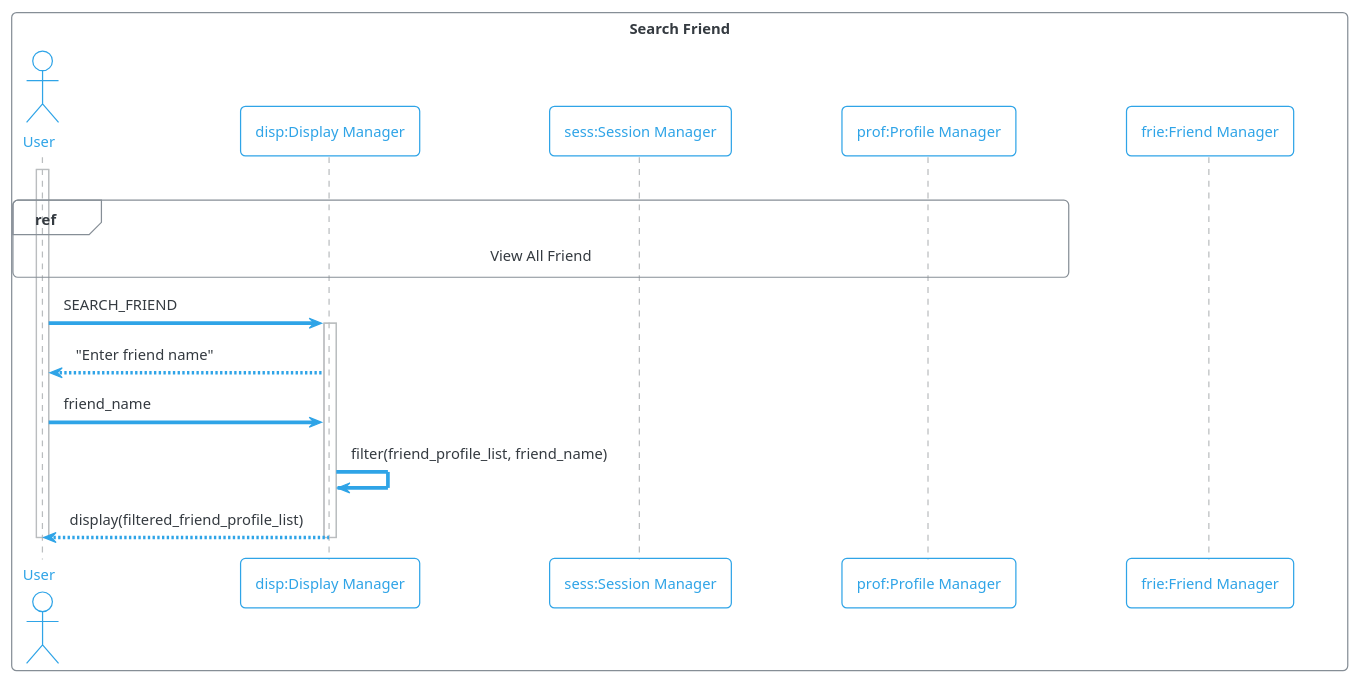
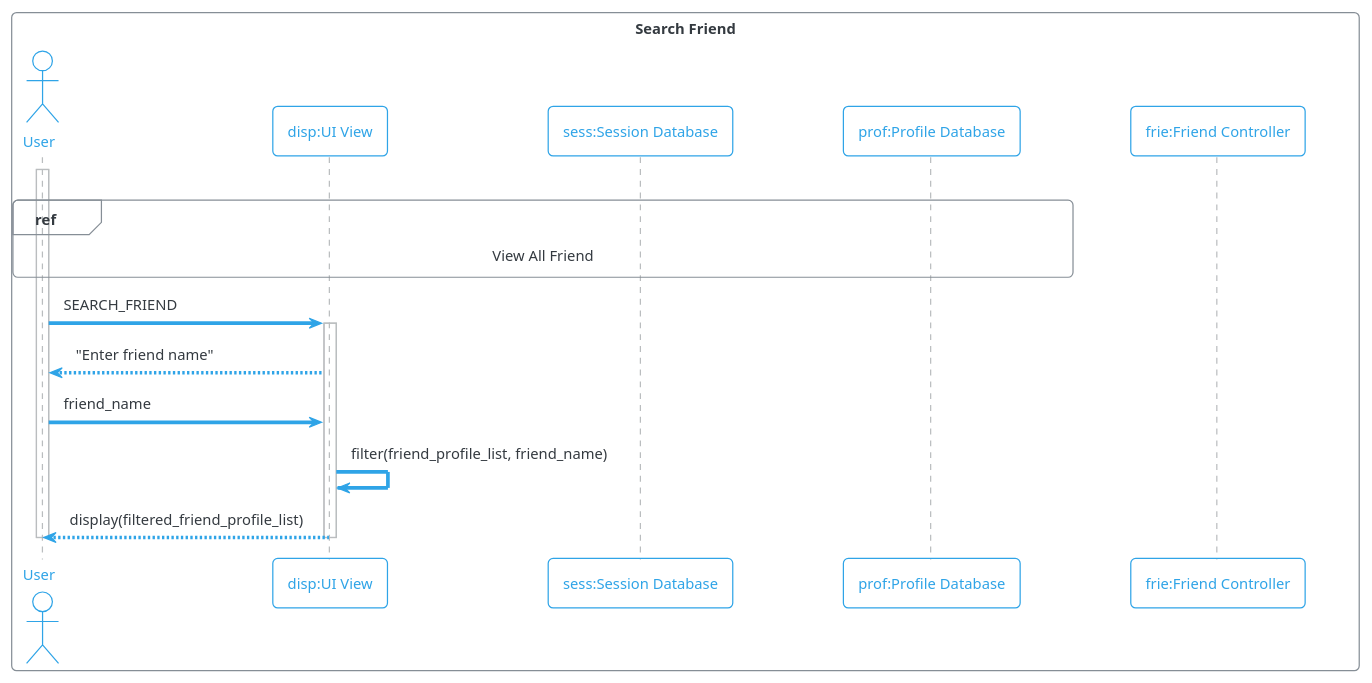
The diagram in Sequence Diagrams/Squad/SearchFriend.puml (md-y/3354-splitsquad), drawn with PlantUML before and after one commit. The commit also changed 39 other files, not shown here.

Commit message:
Fixed Sequence Diagram to add Database, Controller, and UI

```diff
--- a/Sequence Diagrams/Squad/SearchFriend.puml
+++ b/Sequence Diagrams/Squad/SearchFriend.puml
@@ -1,19 +1,19 @@
 @startuml
 !theme cerulean-outline
 box "Search Friend"
 actor "User" as user
-participant "disp:Display Manager" as disp
-participant "sess:Session Manager" as sess
-participant "prof:Profile Manager" as prof
-participant "frie:Friend Manager" as frie
+participant "disp:UI View" as disp
+participant "sess:Session Database" as sess
+participant "prof:Profile Database" as prof
+participant "frie:Friend Controller" as frie
 end box
 |||
 activate user
 ref over user, disp, sess, prof: View All Friend
 user -> disp ++ : SEARCH_FRIEND
 disp --> user : "Enter friend name"
 user -> disp : friend_name
 disp -> disp : filter(friend_profile_list, friend_name)
 disp --> user --: display(filtered_friend_profile_list)
 deactivate user
 @enduml
```
